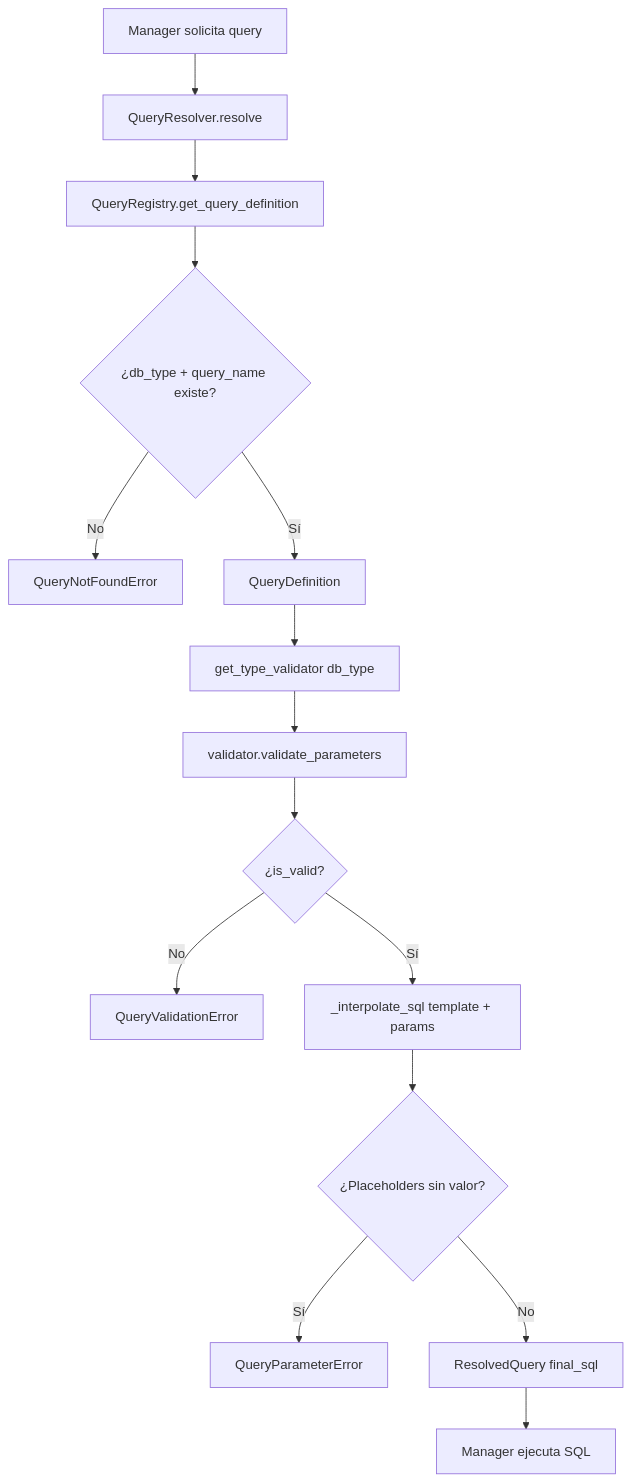
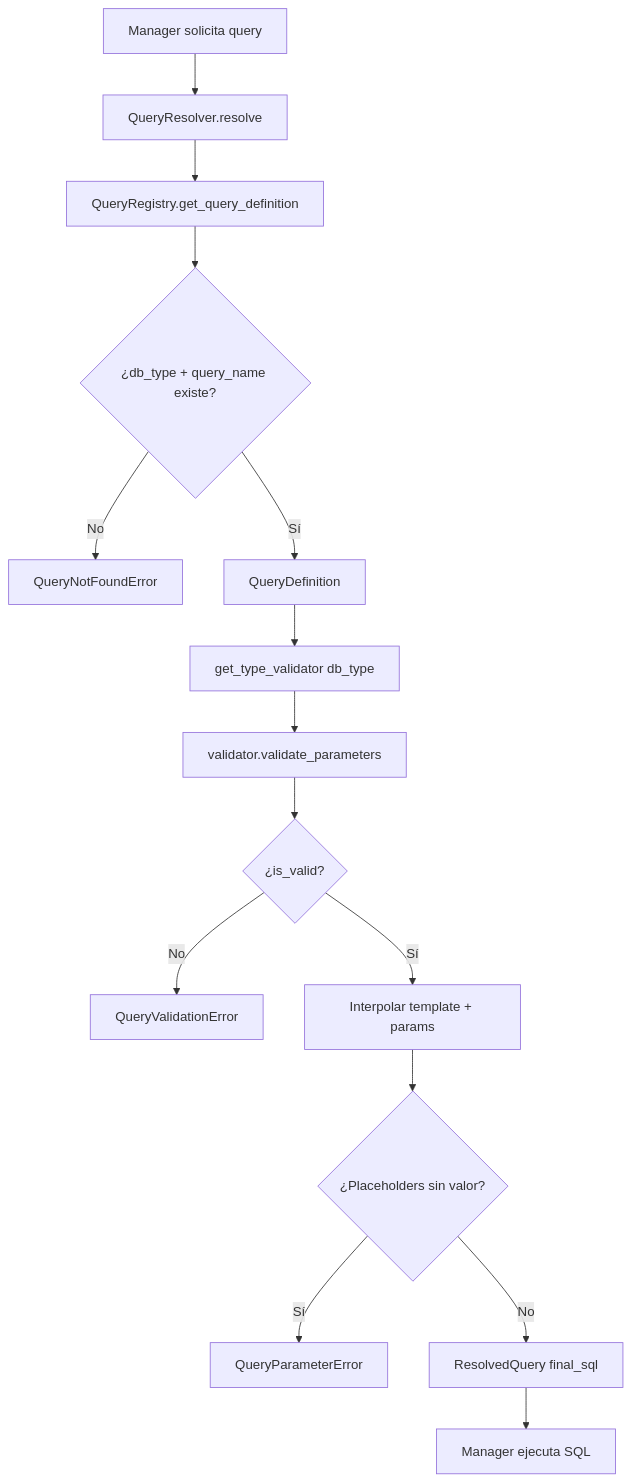
Before and after one commit to fmanza/util_bbdd: the diagram in docs/api/query-system.md, drawn with Mermaid. The commit also changed other lines of this file and 117 other files, not shown here.

````diff
--- a/docs/api/query-system.md
+++ b/docs/api/query-system.md
@@ -10,17 +7,17 @@
 ```mermaid
 flowchart TD
     A[Manager solicita query] --> B[QueryResolver.resolve]
     B --> C[QueryRegistry.get_query_definition]
     C --> D{¿db_type + query_name existe?}
     D -->|No| E[QueryNotFoundError]
     D -->|Sí| F[QueryDefinition]
     F --> G[get_type_validator db_type]
     G --> H[validator.validate_parameters]
     H --> I{¿is_valid?}
     I -->|No| J[QueryValidationError]
-    I -->|Sí| K[_interpolate_sql template + params]
+    I -->|Sí| K[Interpolar template + params]
     K --> L{¿Placeholders sin valor?}
     L -->|Sí| M[QueryParameterError]
     L -->|No| N[ResolvedQuery final_sql]
     N --> O[Manager ejecuta SQL]
 ```
````
